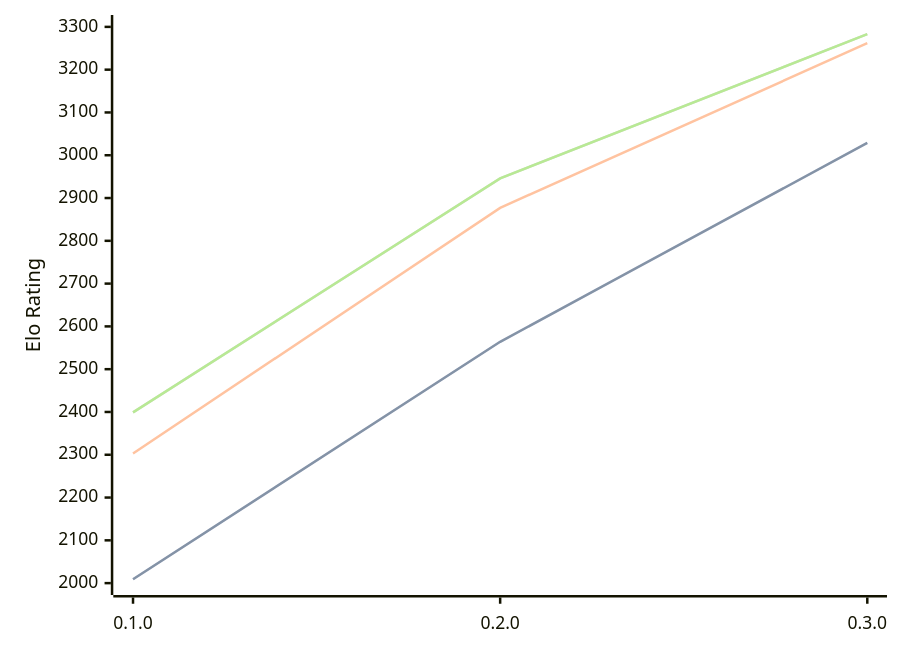
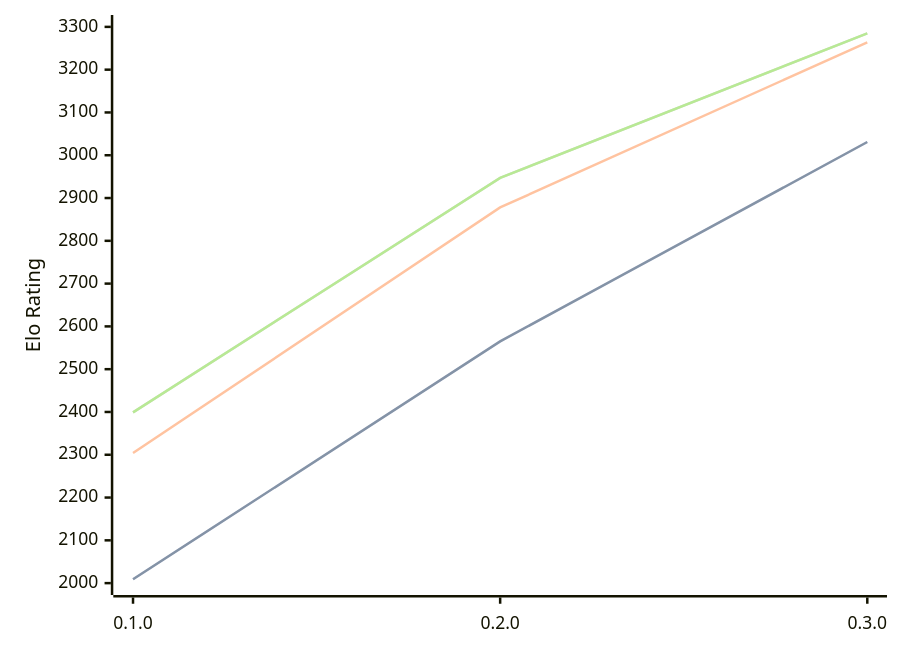
The diagram in engines/Justbot.md (computer-chess-index/cci), drawn with Mermaid before and after one commit. The commit also changed other lines of this file, not shown here.

Commit message:
Update CCI Ratings (ELO VLTC) - 2026-07-24

````diff
--- a/engines/Justbot.md
+++ b/engines/Justbot.md
@@ -33,11 +33,11 @@
 ```mermaid
 %%{init: {"theme":"base","themeVariables":{"seriesColors:['#a3a3a3','#222221','#faa371']}}}%%
 xychart-beta
   x-axis ["0.1.0", "0.2.0", "0.3.0"]
   y-axis "Elo Rating" 2000 --> 3300
-  line "STC (8.0+0.08s)" [2009, 2564, 3029]
-  line "STC (8.0+0.08s)" [2009, 2564, 3029]
-  line "LTC (60.0+0.60s)" [2303, 2877, 3262]
-  line "VLTC (2m24s+1.12s)" [2399, 2946, 3283]
-  line "VLTC (2m24s+1.12s)" [2399, 2946, 3283]
+  line "STC (8.0+0.08s)" [2009, 2565, 3031]
+  line "STC (8.0+0.08s)" [2009, 2565, 3031]
+  line "LTC (60.0+0.60s)" [2304, 2878, 3264]
+  line "VLTC (2m24s+1.12s)" [2399, 2947, 3285]
+  line "VLTC (2m24s+1.12s)" [2399, 2947, 3285]
 ```
````
